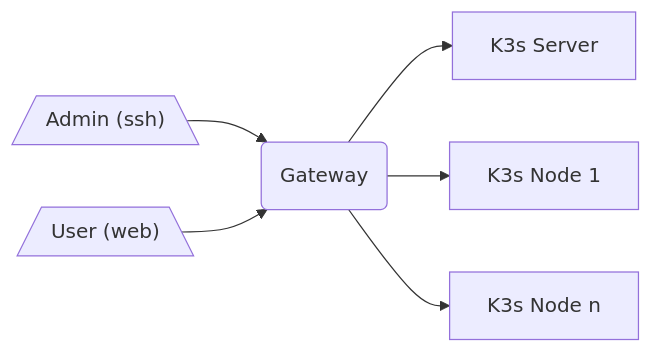
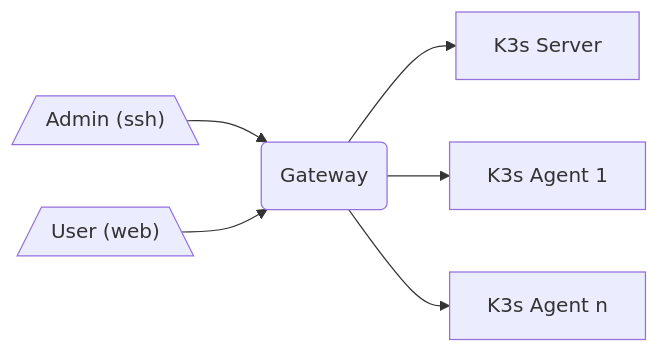
The diagram in README.md (brunobritorj/terraform-k3s-lab), drawn with Mermaid before and after one commit. The commit also changed 12 other files, not shown here.

````diff
--- a/README.md
+++ b/README.md
@@ -31,6 +31,6 @@
 ```mermaid
 flowchart LR
-    C("Gateway<br>") --> D["K3s Server"] & E["K3s Node 1"] & F["K3s Node n"]
+    C("Gateway<br>") --> D["K3s Server"] & E["K3s Agent 1"] & F["K3s Agent n"]
     n1[/"Admin (ssh)"\] --> C
     n2[/"User (web)"\] --> C
 ```
````
